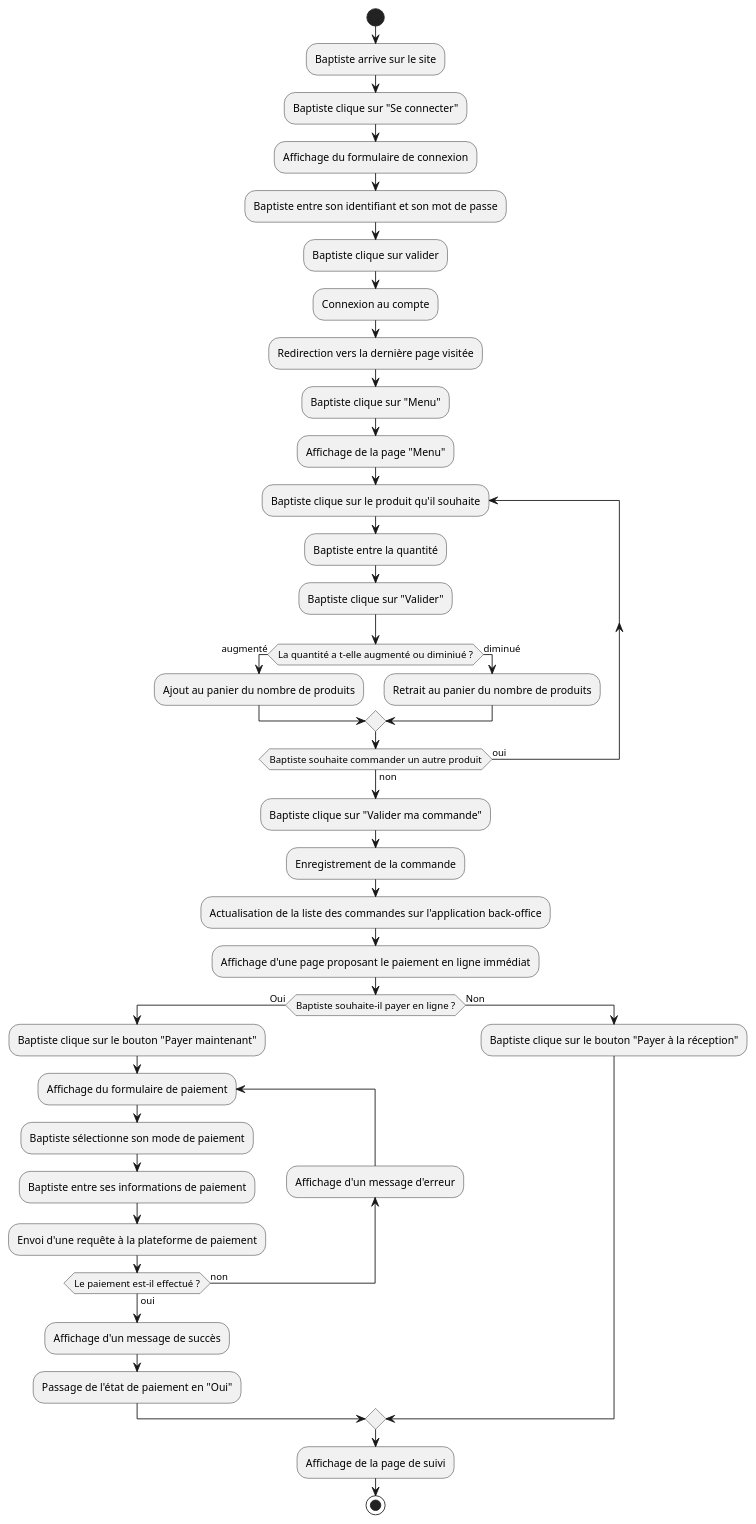
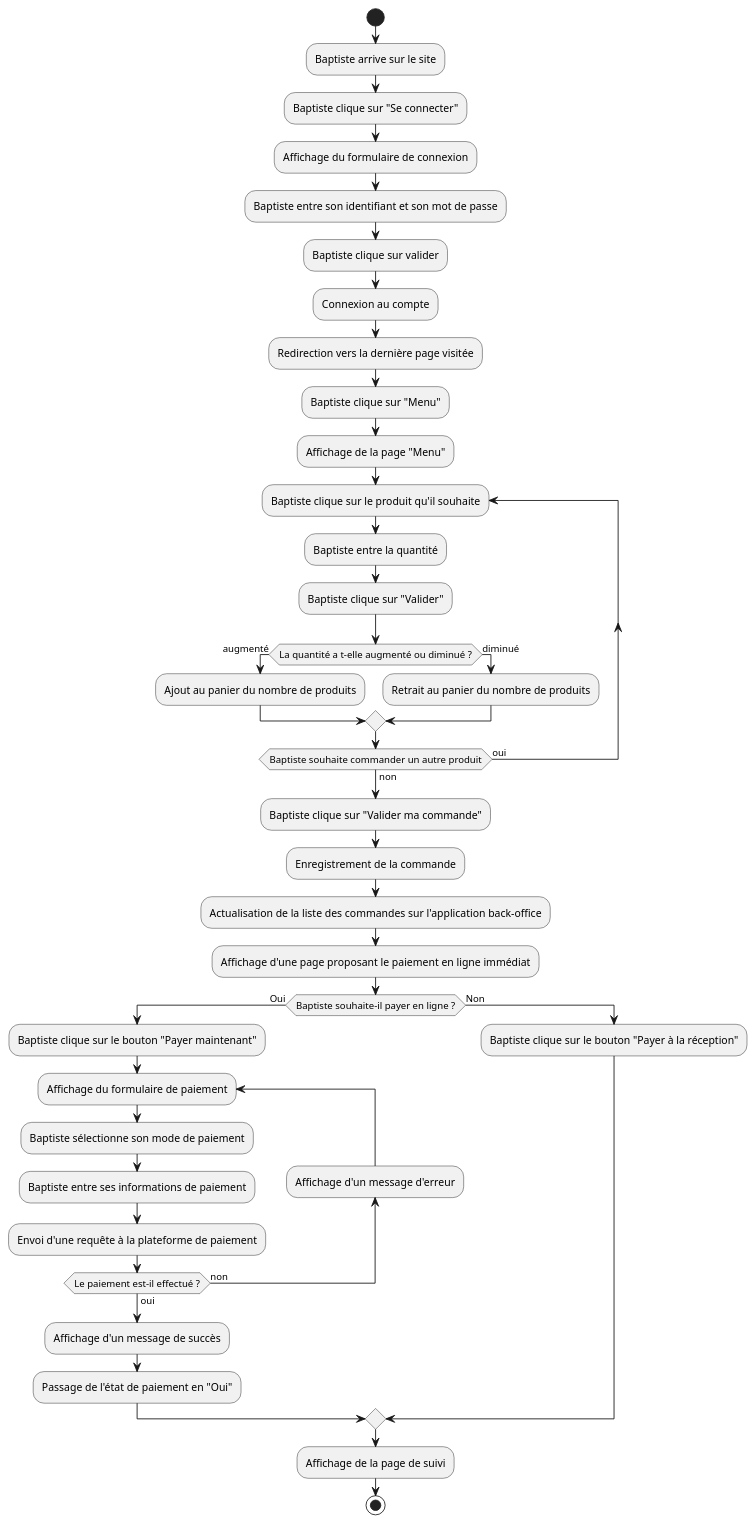
Before and after one commit to Gumpah/project_6: the diagram in diagrams/client_track_order.puml, drawn with PlantUML. The commit also changed 7 other files, not shown here.

Commit message:
Updating diagrams

```diff
--- a/diagrams/client_track_order.puml
+++ b/diagrams/client_track_order.puml
@@ -1,44 +1,44 @@
 @startuml
 'https://plantuml.com/activity-diagram-beta
 
 start
 :Baptiste arrive sur le site;
 :Baptiste clique sur "Se connecter";
 :Affichage du formulaire de connexion;
 :Baptiste entre son identifiant et son mot de passe;
 :Baptiste clique sur valider;
 :Connexion au compte;
 :Redirection vers la dernière page visitée;
 :Baptiste clique sur "Menu";
 :Affichage de la page "Menu";
 repeat :Baptiste clique sur le produit qu'il souhaite;
 :Baptiste entre la quantité;
 :Baptiste clique sur "Valider";
-if (La quantité a t-elle augmenté ou diminiué ?) then (augmenté)
+if (La quantité a t-elle augmenté ou diminué ?) then (augmenté)
 :Ajout au panier du nombre de produits;
 else (diminué)
 :Retrait au panier du nombre de produits;
 endif
 repeat while (Baptiste souhaite commander un autre produit) is (oui) not (non)
 :Baptiste clique sur "Valider ma commande";
 :Enregistrement de la commande;
 :Actualisation de la liste des commandes sur l'application back-office;
 :Affichage d'une page proposant le paiement en ligne immédiat;
 if (Baptiste souhaite-il payer en ligne ?) then (Oui)
 :Baptiste clique sur le bouton "Payer maintenant";
 repeat :Affichage du formulaire de paiement;
 :Baptiste sélectionne son mode de paiement;
 :Baptiste entre ses informations de paiement;
 :Envoi d'une requête à la plateforme de paiement;
 backward:Affichage d'un message d'erreur;
 repeat while (Le paiement est-il effectué ?) is (non) not (oui)
 :Affichage d'un message de succès;
 :Passage de l'état de paiement en "Oui";
 else (Non)
 :Baptiste clique sur le bouton "Payer à la réception";
 endif
 :Affichage de la page de suivi;
 
 stop
 
 @enduml
```
